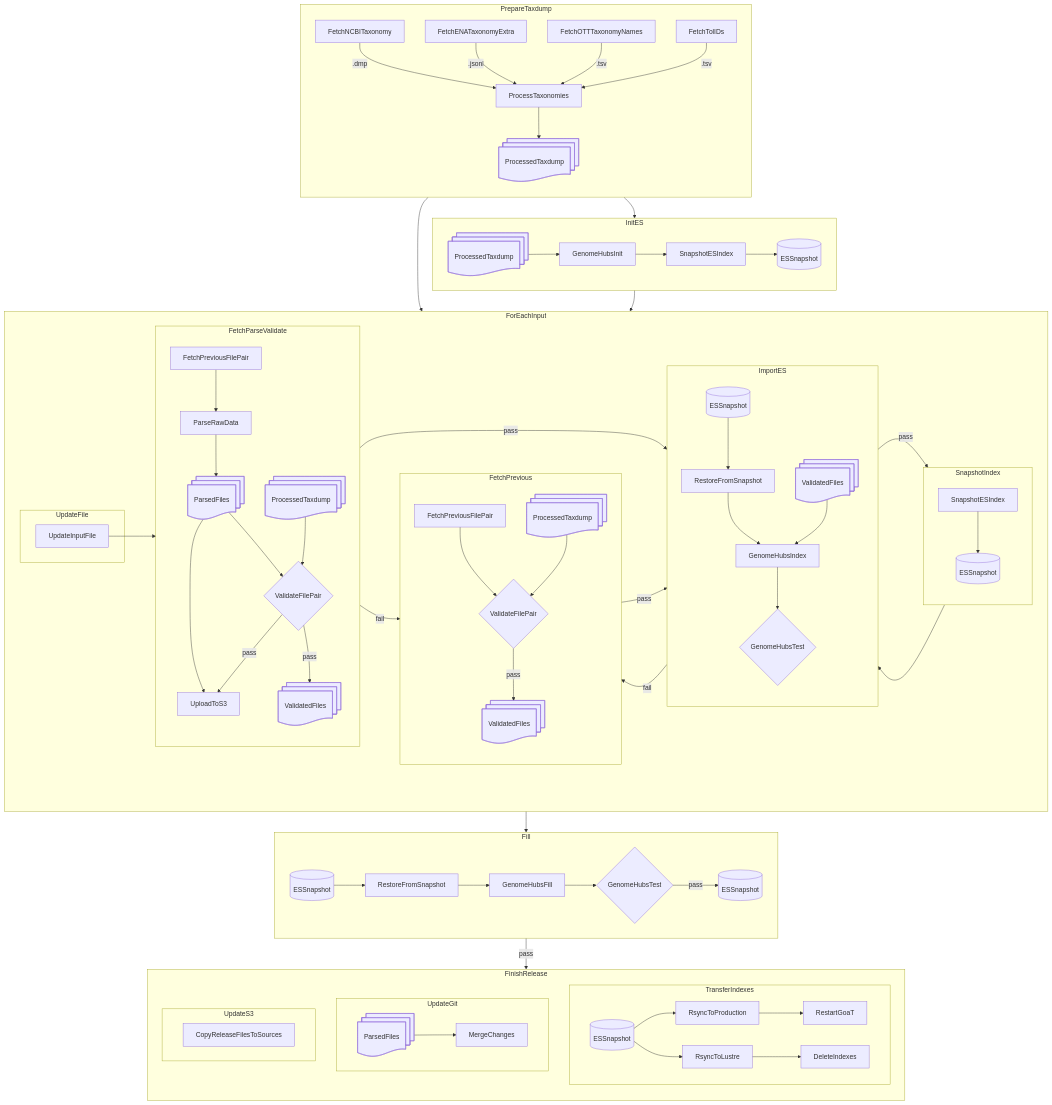
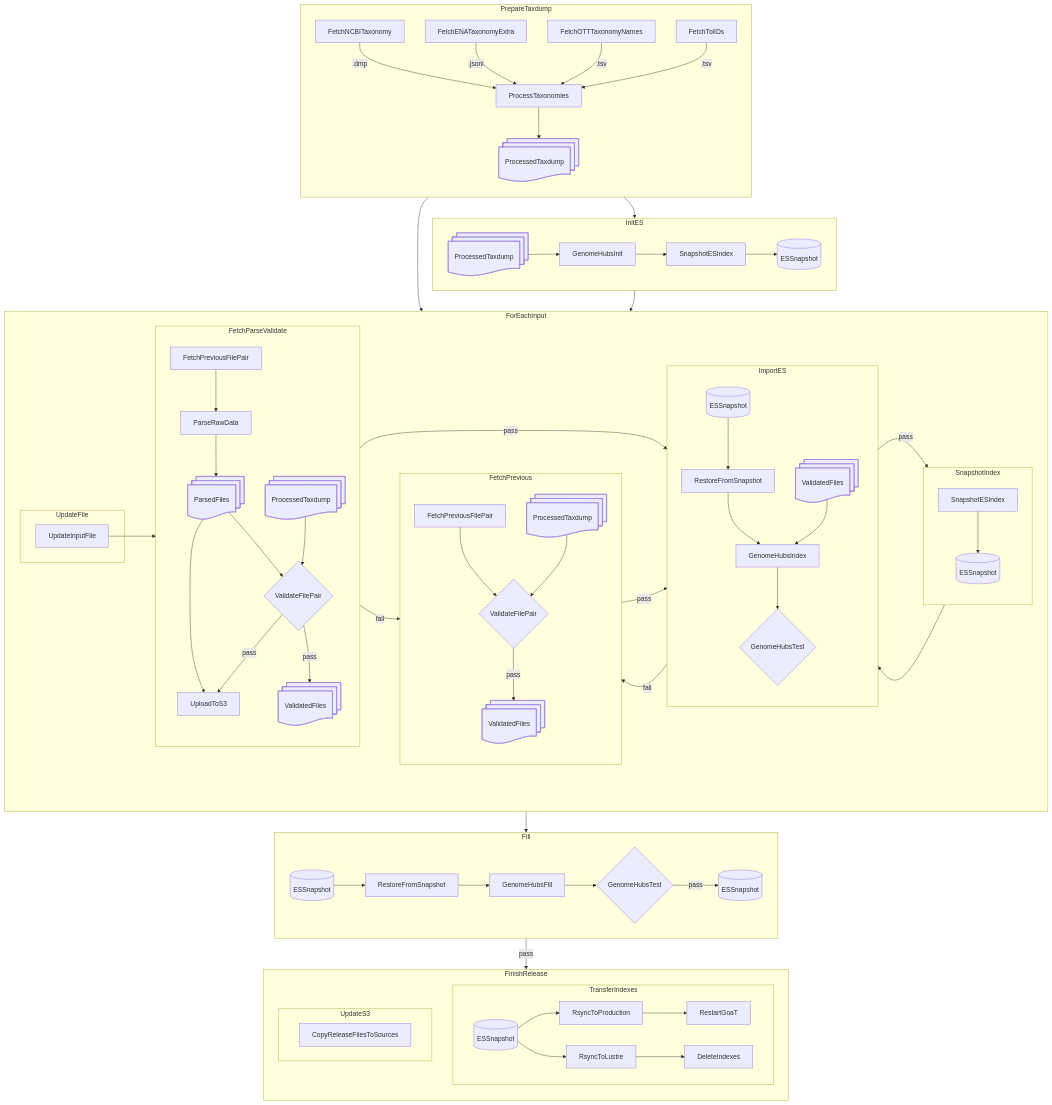
The diagram in flows/docs/overview.md (genomehubs/goat-data), drawn with Mermaid before and after one commit.

Commit message:
docs: remove outdated subgraph for Git updates in overview documentation

```diff
--- a/flows/docs/overview.md
+++ b/flows/docs/overview.md
@@ -97,11 +97,6 @@
     RsyncToLustre --> DeleteIndexes
   end
 
-  subgraph UpdateGit
-    ParsedFilesFinish@{shape: docs, label: "ParsedFiles"} -->
-    MergeChanges
-  end
-
   subgraph UpdateS3
     CopyReleaseFilesToSources
   end
```
